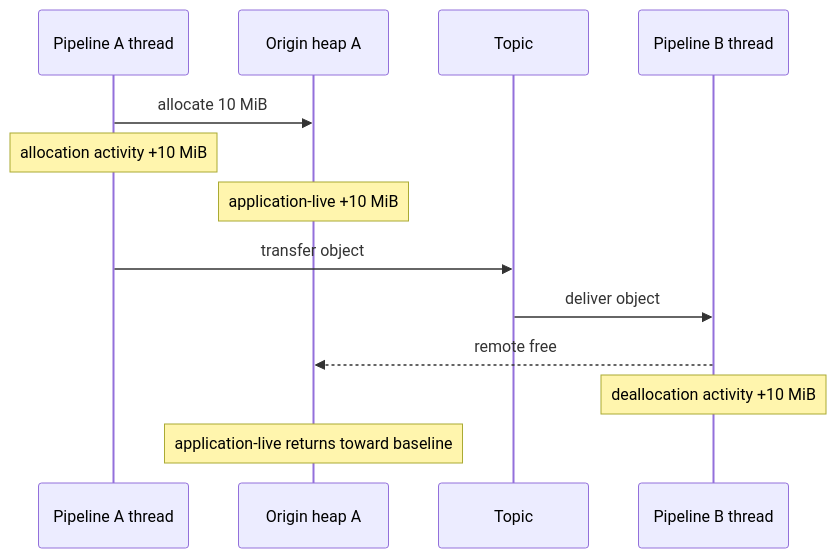
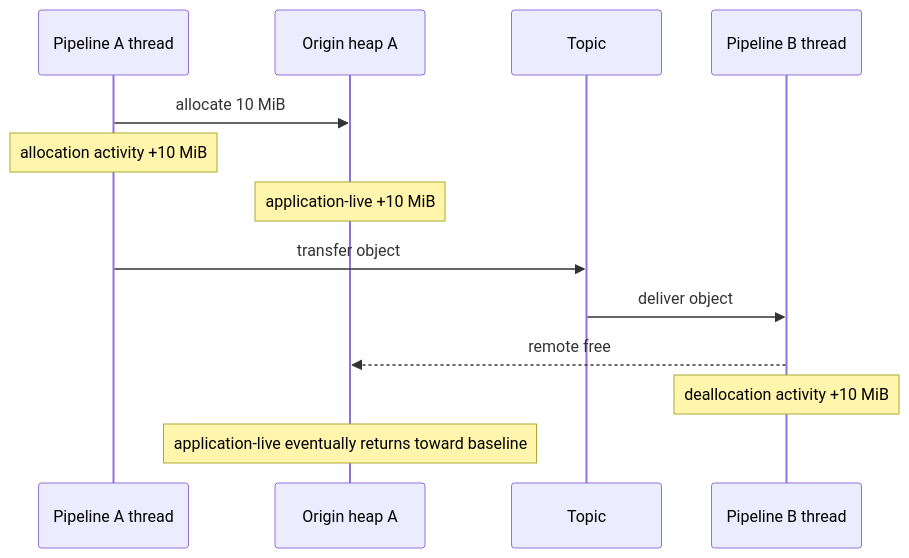
The fourth of 7 diagrams in rust/otap-dataflow/docs/memory-resource-management.md (open-telemetry/otel-arrow), drawn with Mermaid before and after one commit. The commit also changed other lines of this file, not shown here.

````diff
--- a/rust/otap-dataflow/docs/memory-resource-management.md
+++ b/rust/otap-dataflow/docs/memory-resource-management.md
@@ -244,16 +244,16 @@
 ```mermaid
 sequenceDiagram
     participant A as Pipeline A thread
     participant H as Origin heap A
     participant T as Topic
     participant B as Pipeline B thread
 
     A->>H: allocate 10 MiB
     Note over A: allocation activity +10 MiB
     Note over H: application-live +10 MiB
     A->>T: transfer object
     T->>B: deliver object
     B-->>H: remote free
     Note over B: deallocation activity +10 MiB
-    Note over H: application-live returns toward baseline
+    Note over H: application-live eventually returns toward baseline
 ```
````
